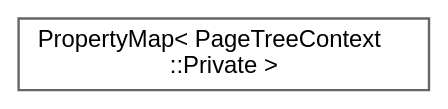
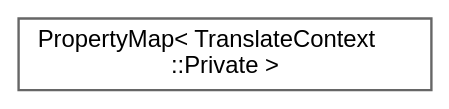
Before and after one commit to Sweco-NL/doxygen: the diagram in inherit_graph_636.dot, drawn with Graphviz. The commit also changed 7913 other files, not shown here.

```diff
--- a/inherit_graph_636.dot
+++ b/inherit_graph_636.dot
@@ -1,10 +1,10 @@
 digraph "Graphical Class Hierarchy"
 {
  // INTERACTIVE_SVG=YES
  // LATEX_PDF_SIZE
   bgcolor="transparent";
   edge [fontname=Helvetica,fontsize=10,labelfontname=Helvetica,labelfontsize=10];
   node [fontname=Helvetica,fontsize=10,shape=box,height=0.2,width=0.4];
   rankdir="LR";
-  Node0 [label="PropertyMap\< PageTreeContext\l::Private \>",height=0.2,width=0.4,color="grey40", fillcolor="white", style="filled",URL="$d5/dbf/class_property_map.html",tooltip=" "];
+  Node0 [label="PropertyMap\< TranslateContext\l::Private \>",height=0.2,width=0.4,color="grey40", fillcolor="white", style="filled",URL="$d5/dbf/class_property_map.html",tooltip=" "];
 }
```
